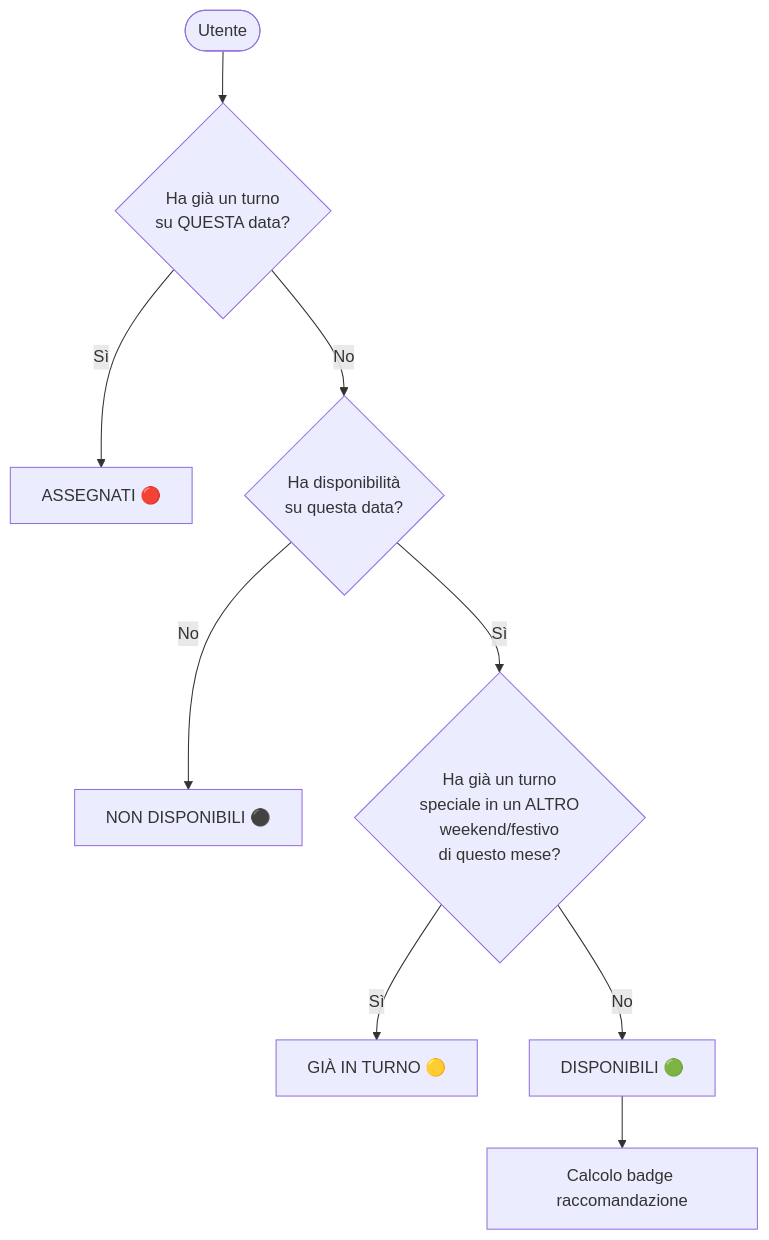
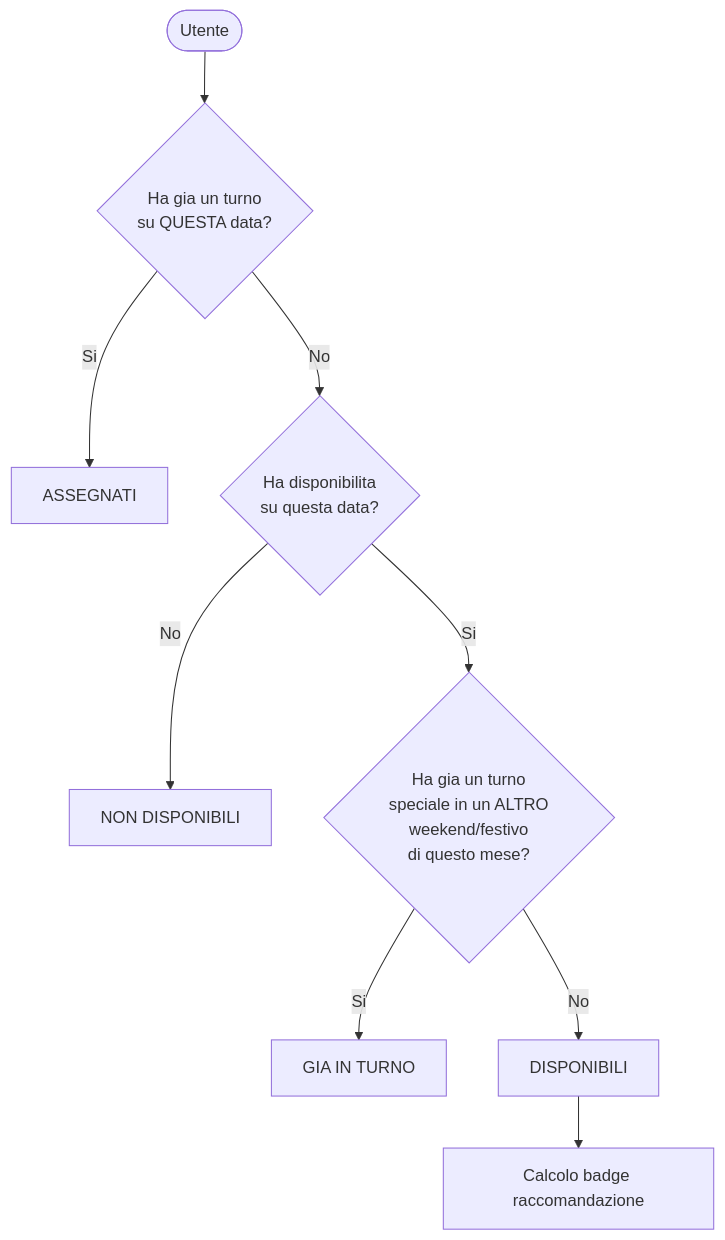
One commit to mrbenza/Turnify changed the second of 5 diagrams in docs/LOGICA_TURNI.md. Above: the diagram before and after it, drawn with Mermaid. The commit also changed other lines of this file and 36 other files, not shown here.

````diff
--- a/docs/LOGICA_TURNI.md
+++ b/docs/LOGICA_TURNI.md
@@ -59,14 +59,14 @@
 ```mermaid
 flowchart TD
-    U([Utente]) --> A{Ha già un turno\nsu QUESTA data?}
-    A -- Sì --> R1[ASSEGNATI 🔴]
+    U([Utente]) --> A{Ha gia un turno\nsu QUESTA data?}
+    A -- Si --> R1[ASSEGNATI]
 
-    A -- No --> B{Ha disponibilità\nsu questa data?}
-    B -- No --> R4[NON DISPONIBILI ⚫]
+    A -- No --> B{Ha disponibilita\nsu questa data?}
+    B -- No --> R4[NON DISPONIBILI]
 
-    B -- Sì --> C{Ha già un turno\nspeciale in un ALTRO\nweekend/festivo\ndi questo mese?}
-    C -- Sì --> R3[GIÀ IN TURNO 🟡]
+    B -- Si --> C{Ha gia un turno\nspeciale in un ALTRO\nweekend/festivo\ndi questo mese?}
+    C -- Si --> R3[GIA IN TURNO]
 
-    C -- No --> R2[DISPONIBILI 🟢]
+    C -- No --> R2[DISPONIBILI]
     R2 --> D[Calcolo badge raccomandazione]
 ```
````
